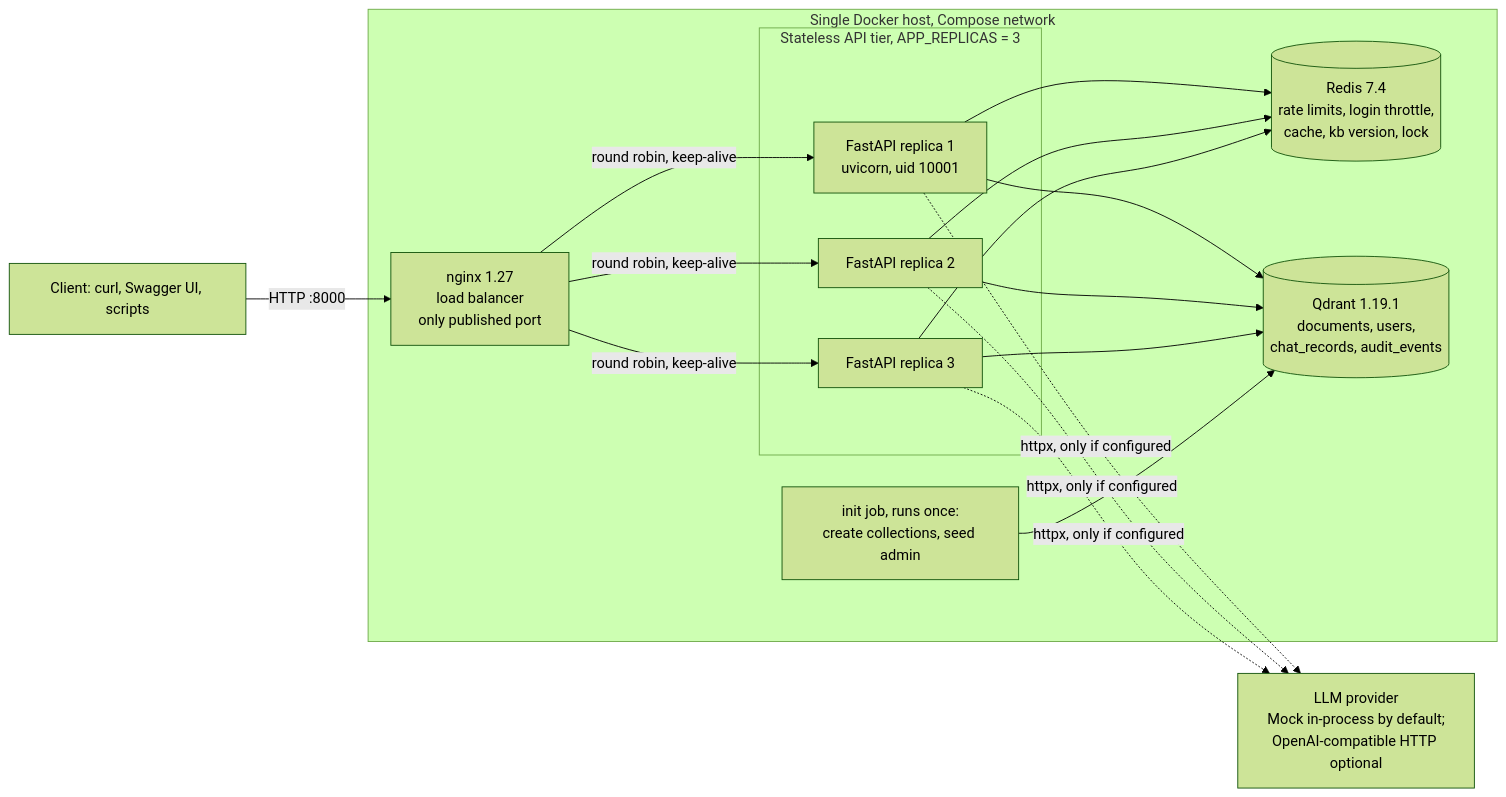
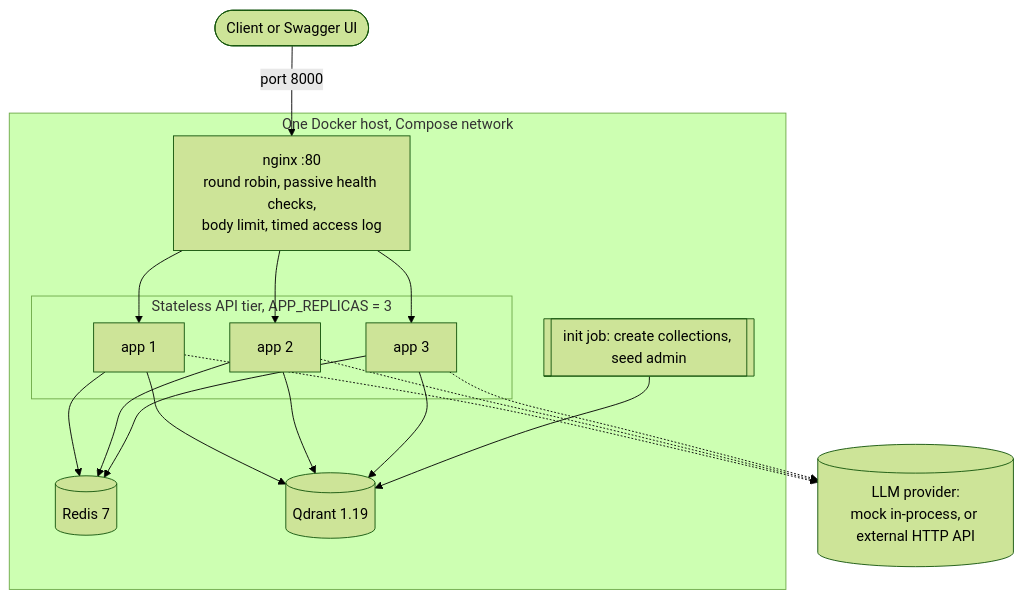
Before and after one commit to PAwan564890/AI_Question_Answer_Platform: the first of 4 diagrams in docs/technical-report.md, drawn with Mermaid (forest theme). The commit also changed other lines of this file and 13 other files, not shown here.

````diff
--- a/docs/technical-report.md
+++ b/docs/technical-report.md
@@ -177,23 +161,22 @@
 ```mermaid
-flowchart LR
-    client[Client: curl, Swagger UI, scripts]
-    subgraph host[Single Docker host, Compose network]
-        nginx[nginx 1.27<br/>load balancer<br/>only published port]
+flowchart TB
+    client([Client or Swagger UI])
+    subgraph host[One Docker host, Compose network]
+        nginx[nginx :80<br/>round robin, passive health checks,<br/>body limit, timed access log]
         subgraph api[Stateless API tier, APP_REPLICAS = 3]
-            a1[FastAPI replica 1<br/>uvicorn, uid 10001]
-            a2[FastAPI replica 2]
-            a3[FastAPI replica 3]
+            a1[app 1]
+            a2[app 2]
+            a3[app 3]
         end
-        init[init job, runs once:<br/>create collections, seed admin]
-        redis[(Redis 7.4<br/>rate limits, login throttle,<br/>cache, kb version, lock)]
-        qdrant[(Qdrant 1.19.1<br/>documents, users,<br/>chat_records, audit_events)]
+        init[[init job: create collections, seed admin]]
+        redis[(Redis 7)]
+        qdrant[(Qdrant 1.19)]
     end
-    llm[LLM provider<br/>Mock in-process by default;<br/>OpenAI-compatible HTTP optional]
-
-    client -->|HTTP :8000| nginx
-    nginx -->|round robin, keep-alive| a1 & a2 & a3
+    llm[(LLM provider:<br/>mock in-process, or external HTTP API)]
+    client -->|port 8000| nginx
+    nginx --> a1 & a2 & a3
     a1 & a2 & a3 --> redis
     a1 & a2 & a3 --> qdrant
-    a1 & a2 & a3 -.->|httpx, only if configured| llm
+    a1 & a2 & a3 -.-> llm
     init --> qdrant
 ```
````
